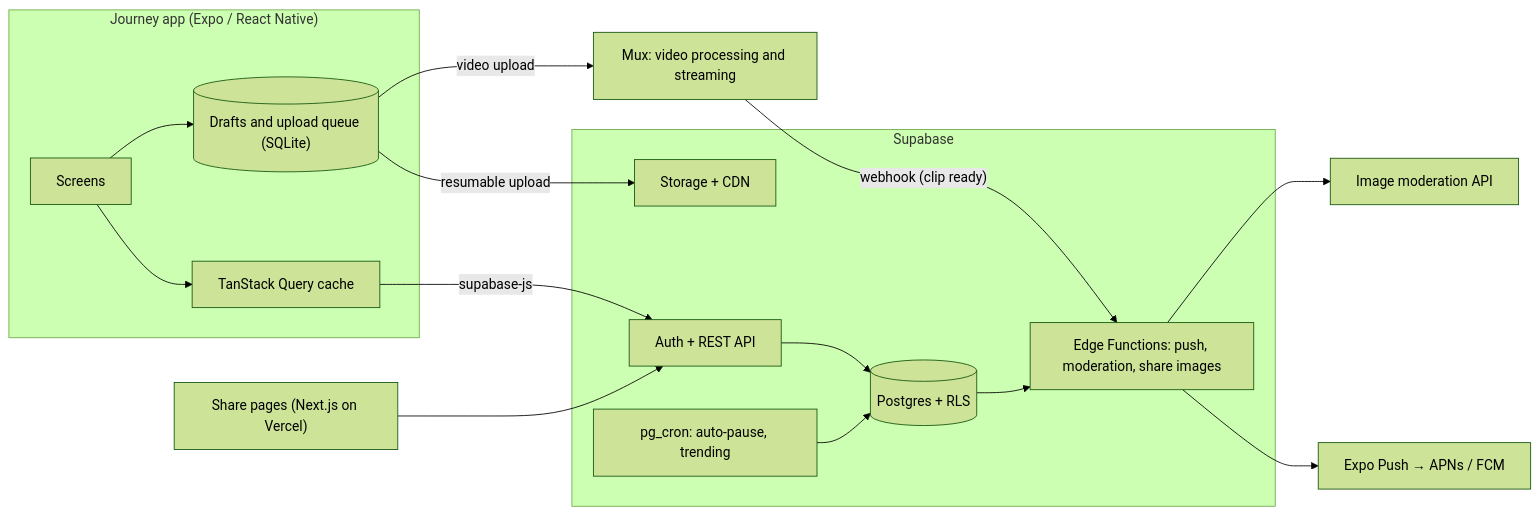
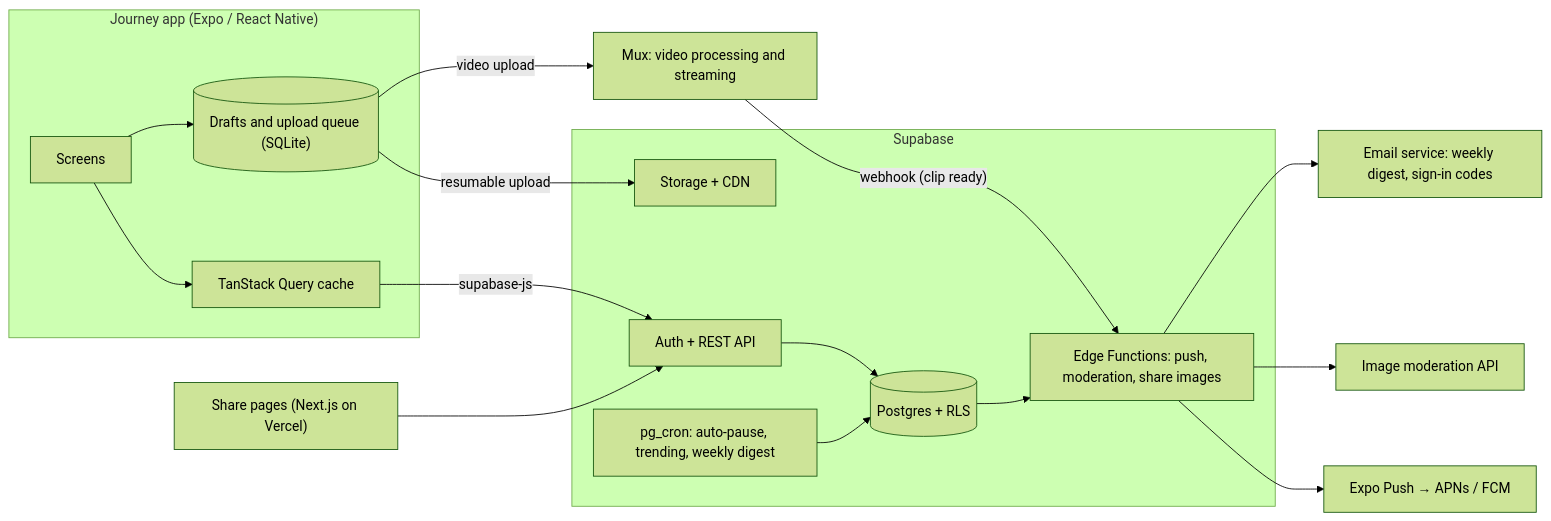
Before and after one commit to kadiripavan3/Journey: the diagram in docs/02-tech-stack.md, drawn with Mermaid (forest theme). The commit also changed other lines of this file and 13 other files, not shown here.

First line of the commit message:
Move shared journeys and the weekly digest into the first version

````diff
--- a/docs/02-tech-stack.md
+++ b/docs/02-tech-stack.md
@@ -75,22 +76,23 @@
 ```mermaid
 flowchart LR
   subgraph Phone["Journey app (Expo / React Native)"]
     UI["Screens"] --> QC["TanStack Query cache"]
     UI --> DR[("Drafts and upload queue (SQLite)")]
   end
   QC -- "supabase-js" --> API
   DR -- "resumable upload" --> ST
   subgraph SB["Supabase"]
     API["Auth + REST API"] --> DB[("Postgres + RLS")]
     ST["Storage + CDN"]
     EF["Edge Functions: push, moderation, share images"]
-    CR["pg_cron: auto-pause, trending"]
+    CR["pg_cron: auto-pause, trending, weekly digest"]
     DB --> EF
     CR --> DB
   end
   EF --> PUSH["Expo Push → APNs / FCM"]
   EF --> MOD["Image moderation API"]
+  EF --> MAIL["Email service: weekly digest, sign-in codes"]
   DR -- "video upload" --> MUX["Mux: video processing and streaming"]
   MUX -- "webhook (clip ready)" --> EF
   WEB["Share pages (Next.js on Vercel)"] --> API
 ```
````
